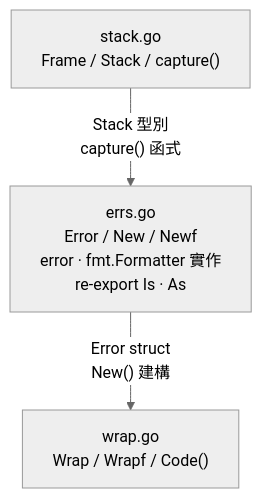
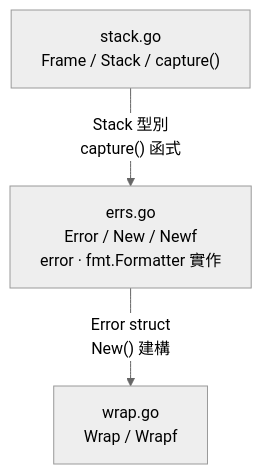
One commit to Aery9527/golang-example changed the diagram in docs-plan/errs-plan.md. Above: the diagram before and after it, drawn with Mermaid (neutral theme). The commit also changed other lines of this file, not shown here.

Commit message:
enhance error handling documentation with accessor contracts and integration guidelines

````diff
--- a/docs-plan/errs-plan.md
+++ b/docs-plan/errs-plan.md
@@ -174,9 +246,9 @@
 ```mermaid
 flowchart TD
     stack["stack.go<br/>Frame / Stack / capture()"]
-    errsFile["errs.go<br/>Error / New / Newf<br/>error · fmt.Formatter 實作<br/>re-export Is · As"]
-    wrap["wrap.go<br/>Wrap / Wrapf / Code()"]
+        errsFile["errs.go<br/>Error / New / Newf<br/>error · fmt.Formatter 實作"]
+    wrap["wrap.go<br/>Wrap / Wrapf"]
 
     stack -->|"Stack 型別<br/>capture() 函式"| errsFile
     errsFile -->|"Error struct<br/>New() 建構"| wrap
 ```
````
